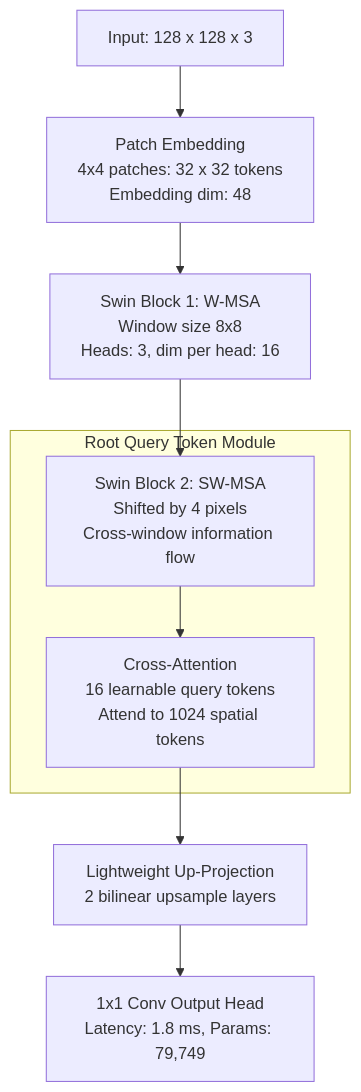
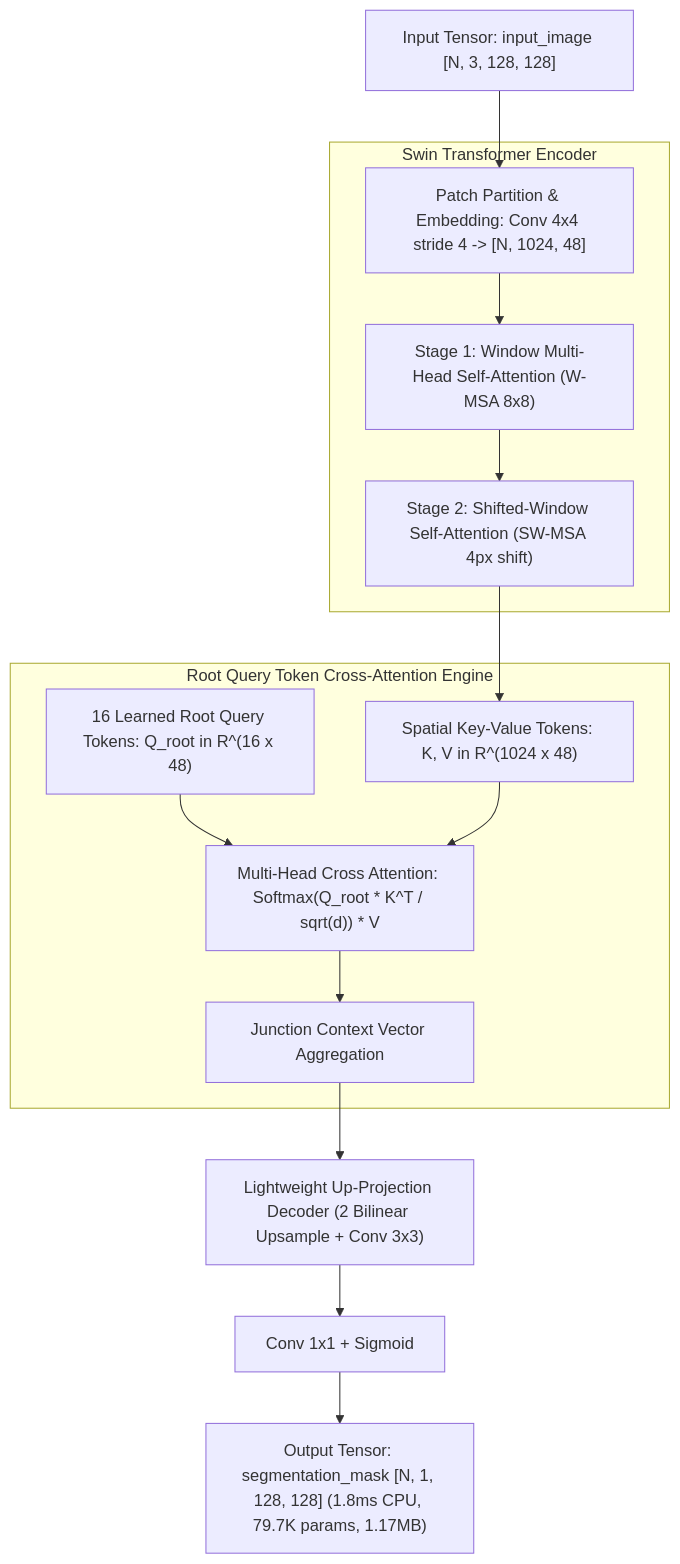
Before and after one commit to Runtime-Slayers/RhizoWhisperer: the fifth of 7 diagrams in elsevier/manuscript.md, drawn with Mermaid. The commit also changed other lines of this file and 4 other files, not shown here.

Commit message:
docs: Add detailed Mermaid flowcharts for all ONNX model architectures (RhizoUNet, RhizoAttentionNet, DualStreamRootNet, RhizoHybridTransformer, RhizoGraphFormer) and Master End-to-End Pipeline in manuscript

````diff
--- a/elsevier/manuscript.md
+++ b/elsevier/manuscript.md
@@ -311,13 +286,20 @@
 ```mermaid
 flowchart TD
-    IN["Input: 128 x 128 x 3"] --> PATCH["Patch Embedding\n4x4 patches: 32 x 32 tokens\nEmbedding dim: 48"]
-    PATCH --> SWIN1["Swin Block 1: W-MSA\nWindow size 8x8\nHeads: 3, dim per head: 16"]
-    SWIN1 --> SWIN2["Swin Block 2: SW-MSA\nShifted by 4 pixels\nCross-window information flow"]
-
-    subgraph RQT_BLOCK ["Root Query Token Module"]
-        SWIN2 --> CROSS["Cross-Attention\n16 learnable query tokens\nAttend to 1024 spatial tokens"]
+    IN["Input Tensor: input_image [N, 3, 128, 128]"] --> PATCH["Patch Partition & Embedding: Conv 4x4 stride 4 -> [N, 1024, 48]"]
+    
+    subgraph SwinBlocks ["Swin Transformer Encoder"]
+        PATCH --> W_MSA["Stage 1: Window Multi-Head Self-Attention (W-MSA 8x8)"]
+        W_MSA --> SW_MSA["Stage 2: Shifted-Window Self-Attention (SW-MSA 4px shift)"]
     end
-
-    CROSS --> DECODER["Lightweight Up-Projection\n2 bilinear upsample layers"]
-    DECODER --> HEAD["1x1 Conv Output Head\nLatency: 1.8 ms, Params: 79,749"]
+    
+    subgraph RQT ["Root Query Token Cross-Attention Engine"]
+        SW_MSA --> KEYS["Spatial Key-Value Tokens: K, V in R^(1024 x 48)"]
+        RQT_LEARNED["16 Learned Root Query Tokens: Q_root in R^(16 x 48)"] --> CROSS["Multi-Head Cross Attention: Softmax(Q_root * K^T / sqrt(d)) * V"]
+        KEYS --> CROSS
+        CROSS --> AGGREGATE["Junction Context Vector Aggregation"]
+    end
+    
+    AGGREGATE --> LIGHT_DEC["Lightweight Up-Projection Decoder (2 Bilinear Upsample + Conv 3x3)"]
+    LIGHT_DEC --> HEAD["Conv 1x1 + Sigmoid"]
+    HEAD --> OUT["Output Tensor: segmentation_mask [N, 1, 128, 128] (1.8ms CPU, 79.7K params, 1.17MB)"]
 ```
````
